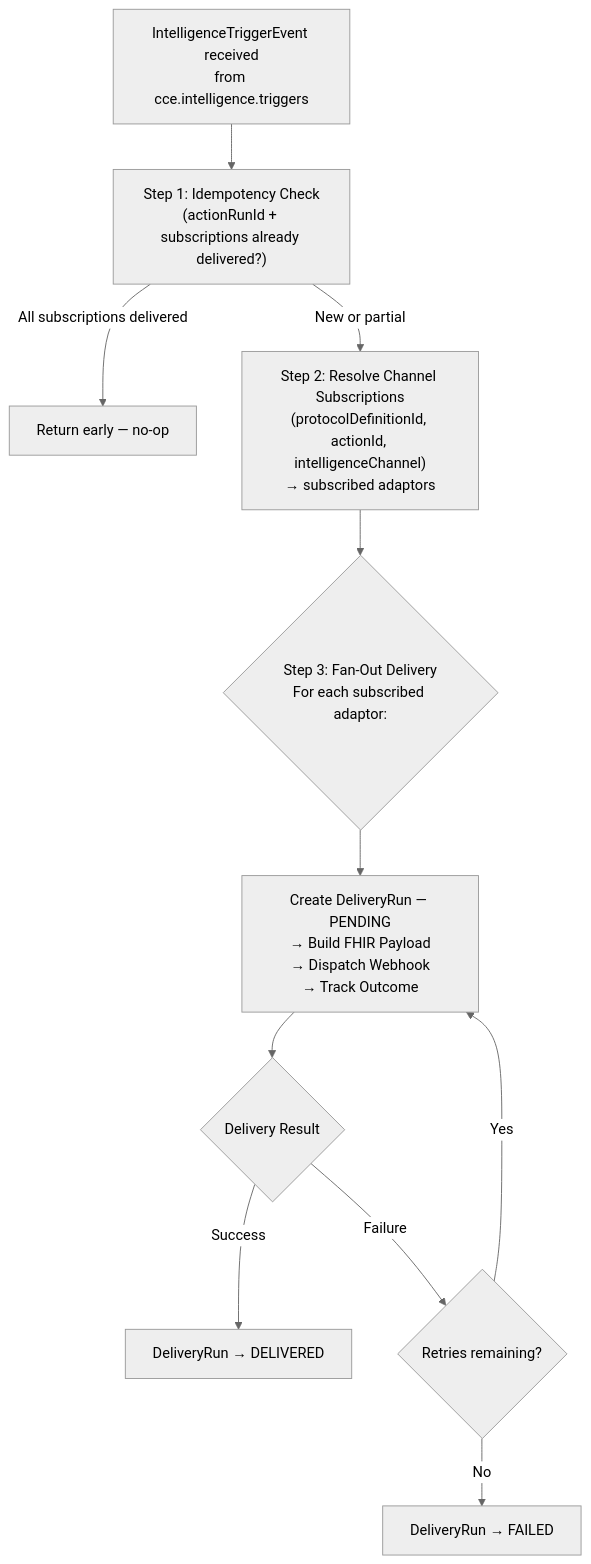
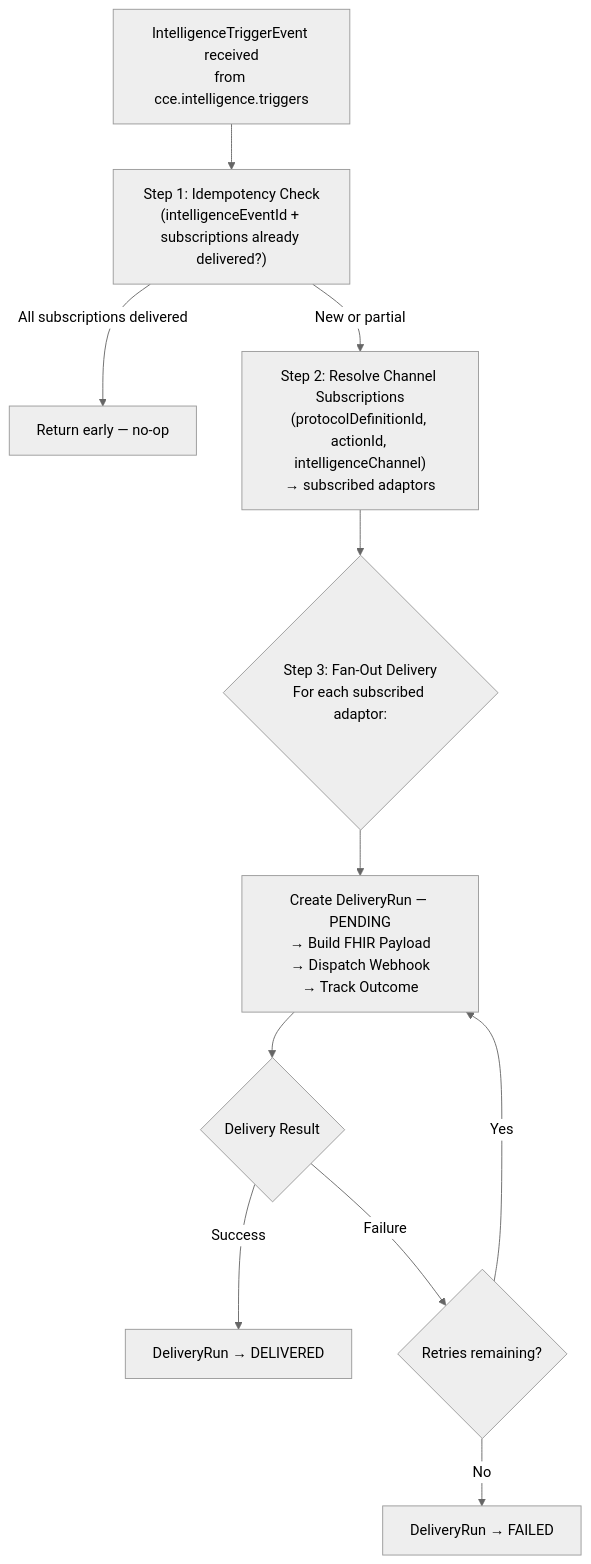
One commit to Jayaprakash8887/cce-intelligence-service changed the third of 6 diagrams in docs/architecture-overview.md. Above: the diagram before and after it, drawn with Mermaid (neutral theme). The commit also changed other lines of this file and 5 other files, not shown here.

Commit message:
Update documentation to reflect changes in delivery_run and intelligence_event terminology

````diff
--- a/docs/architecture-overview.md
+++ b/docs/architecture-overview.md
@@ -227,22 +227,22 @@
 ```mermaid
 flowchart TD
     START["IntelligenceTriggerEvent received<br/>from cce.intelligence.triggers"] --> S1
 
-    S1["Step 1: Idempotency Check<br/>(actionRunId + subscriptions already delivered?)"]
+    S1["Step 1: Idempotency Check<br/>(intelligenceEventId + subscriptions already delivered?)"]
     S1 -->|"All subscriptions delivered"| DUP["Return early — no-op"]
     S1 -->|"New or partial"| S2
 
     S2["Step 2: Resolve Channel Subscriptions<br/>(protocolDefinitionId, actionId, intelligenceChannel)<br/>→ subscribed adaptors"] --> S3
 
     S3{"Step 3: Fan-Out Delivery<br/>For each subscribed adaptor:"}
     S3 --> S4
 
     S4["Create DeliveryRun — PENDING<br/>→ Build FHIR Payload<br/>→ Dispatch Webhook<br/>→ Track Outcome"]
     S4 --> S5
 
     S5{"Delivery Result"}
     S5 -->|"Success"| DELIVERED["DeliveryRun → DELIVERED"]
     S5 -->|"Failure"| RETRY{"Retries remaining?"}
     RETRY -->|"Yes"| S4
     RETRY -->|"No"| FAILED["DeliveryRun → FAILED"]
 ```
````
